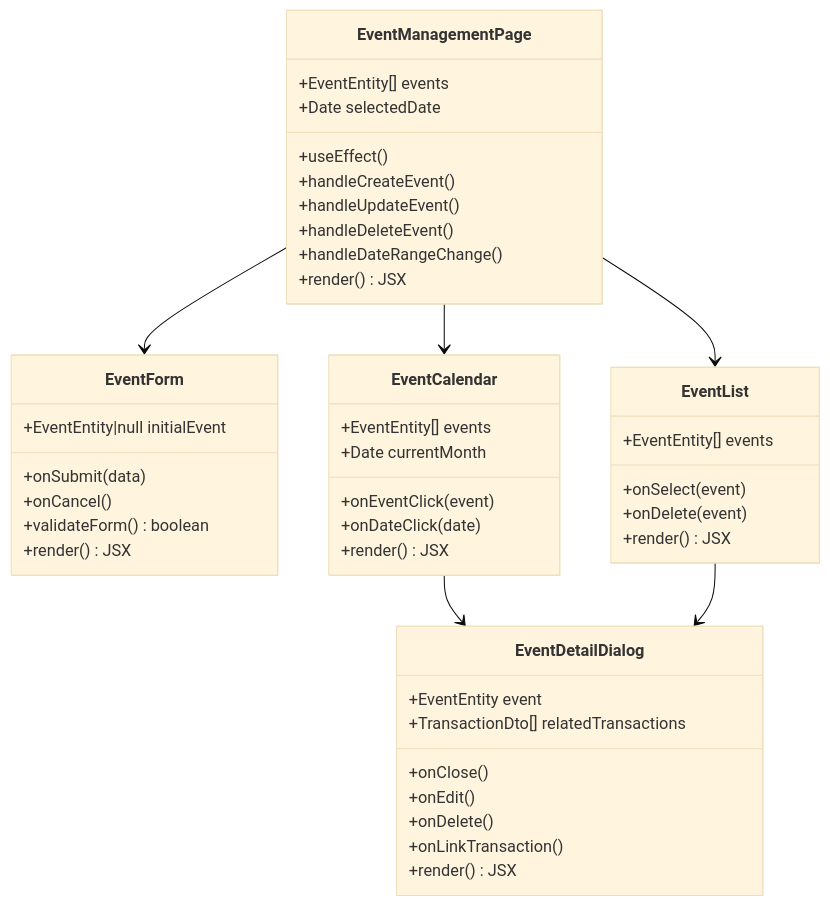
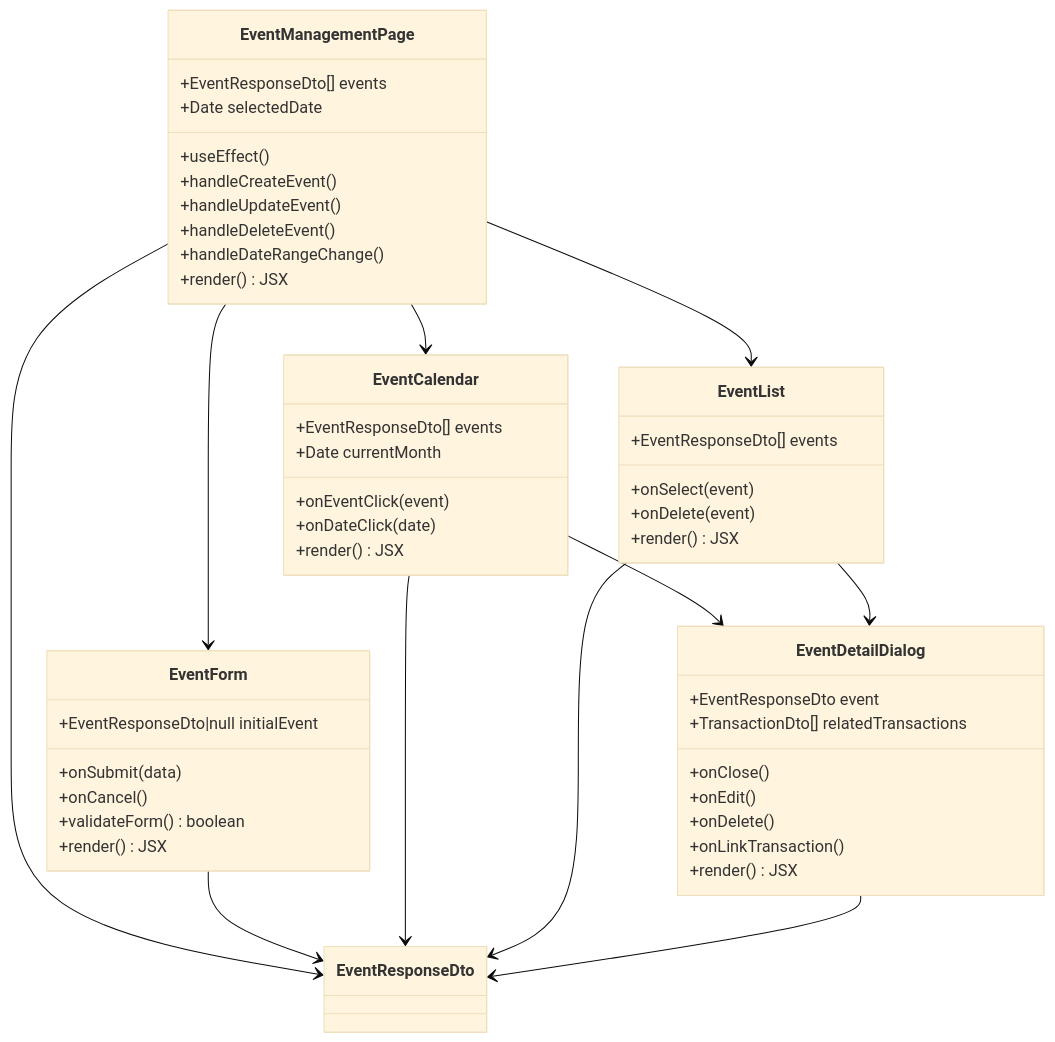
The fifth of 7 diagrams in docs/detailed-design/FR-021_event-memo/class-diagrams.md (kencom2400/account-book), drawn with Mermaid (base theme) before and after one commit. The commit also changed other lines of this file and 3 other files, not shown here.

````diff
--- a/docs/detailed-design/FR-021_event-memo/class-diagrams.md
+++ b/docs/detailed-design/FR-021_event-memo/class-diagrams.md
@@ -409,52 +417,57 @@
 ```mermaid
 classDiagram
     class EventManagementPage {
-        +EventEntity[] events
+        +EventResponseDto[] events
         +Date selectedDate
         +useEffect()
         +handleCreateEvent()
         +handleUpdateEvent()
         +handleDeleteEvent()
         +handleDateRangeChange()
         +render() JSX
     }
 
     class EventForm {
-        +EventEntity|null initialEvent
+        +EventResponseDto|null initialEvent
         +onSubmit(data)
         +onCancel()
         +validateForm() boolean
         +render() JSX
     }
 
     class EventCalendar {
-        +EventEntity[] events
+        +EventResponseDto[] events
         +Date currentMonth
         +onEventClick(event)
         +onDateClick(date)
         +render() JSX
     }
 
     class EventList {
-        +EventEntity[] events
+        +EventResponseDto[] events
         +onSelect(event)
         +onDelete(event)
         +render() JSX
     }
 
     class EventDetailDialog {
-        +EventEntity event
+        +EventResponseDto event
         +TransactionDto[] relatedTransactions
         +onClose()
         +onEdit()
         +onDelete()
         +onLinkTransaction()
         +render() JSX
     }
 
     EventManagementPage --> EventForm
     EventManagementPage --> EventCalendar
     EventManagementPage --> EventList
     EventCalendar --> EventDetailDialog
     EventList --> EventDetailDialog
+    EventManagementPage --> EventResponseDto
+    EventForm --> EventResponseDto
+    EventCalendar --> EventResponseDto
+    EventList --> EventResponseDto
+    EventDetailDialog --> EventResponseDto
 ```
````
